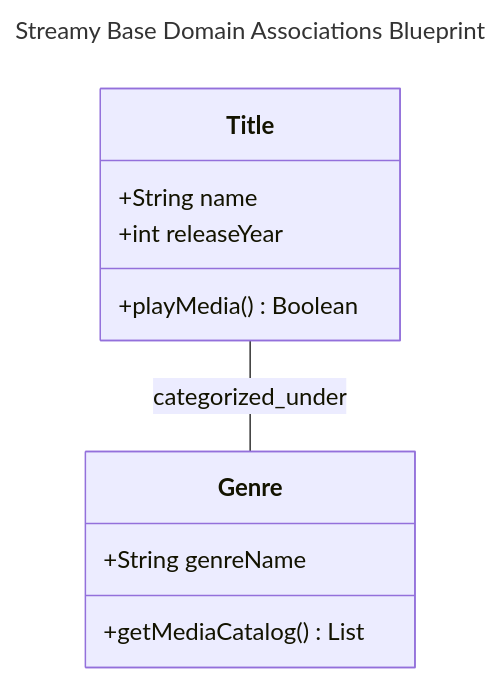
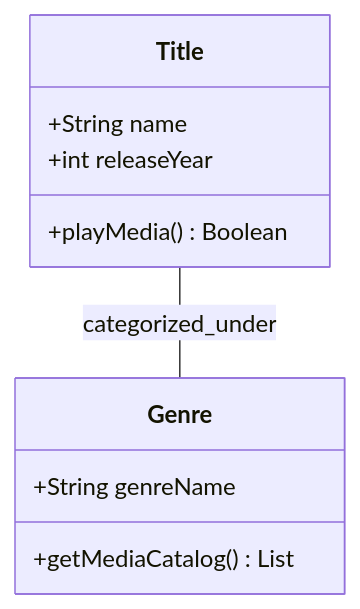
The first of 2 diagrams in domain_model.md (qwertyuiopczz2021-byte/Streamy-Software-Technology), drawn with Mermaid before and after one commit. The commit also changed other lines of this file, not shown here.

Commit message:
fix: render class and erd diagrams in github preview

````diff
--- a/domain_model.md
+++ b/domain_model.md
@@ -13,21 +13,15 @@
 ```mermaid
----
-title: Streamy Base Domain Associations Blueprint
----
 classDiagram
-%% Define Title Class Compartments
 class Title {
     +String name
     +int releaseYear
     +playMedia() Boolean
 }
 
-%% Define Genre Class Compartments
 class Genre {
     +String genreName
     +getMediaCatalog() List
 }
 
-%% Establish Foundational Loose Association Directional Pathway
 Title -- Genre : categorized_under
 ```
````
